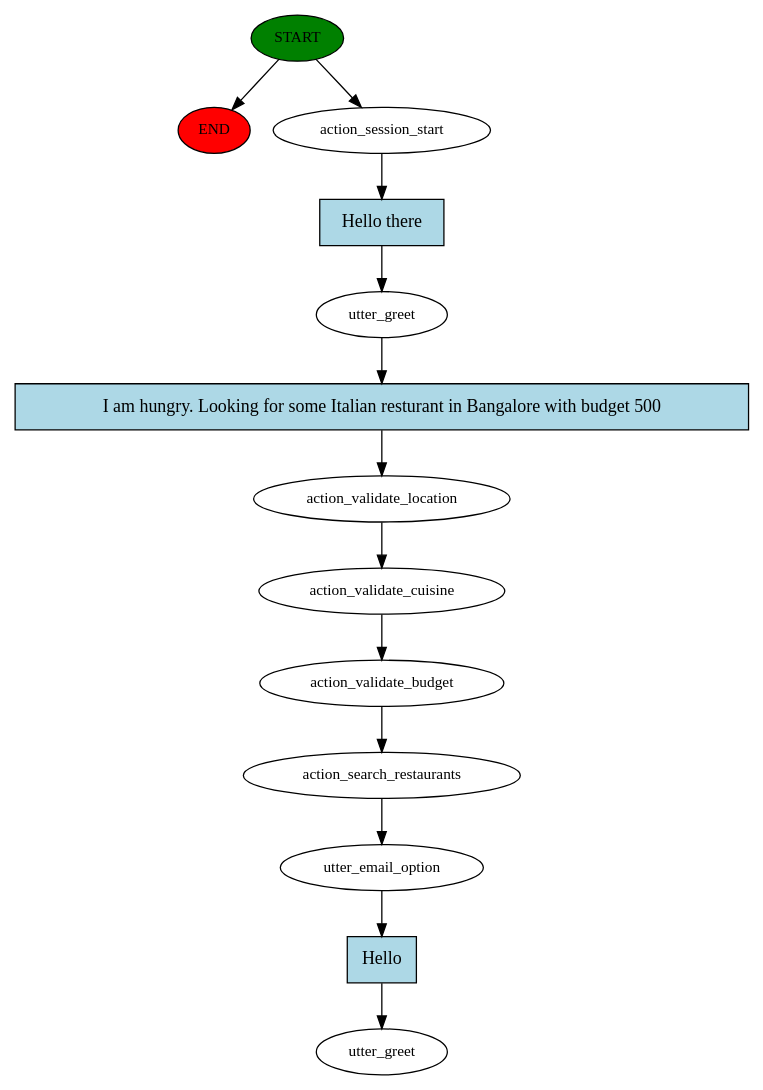
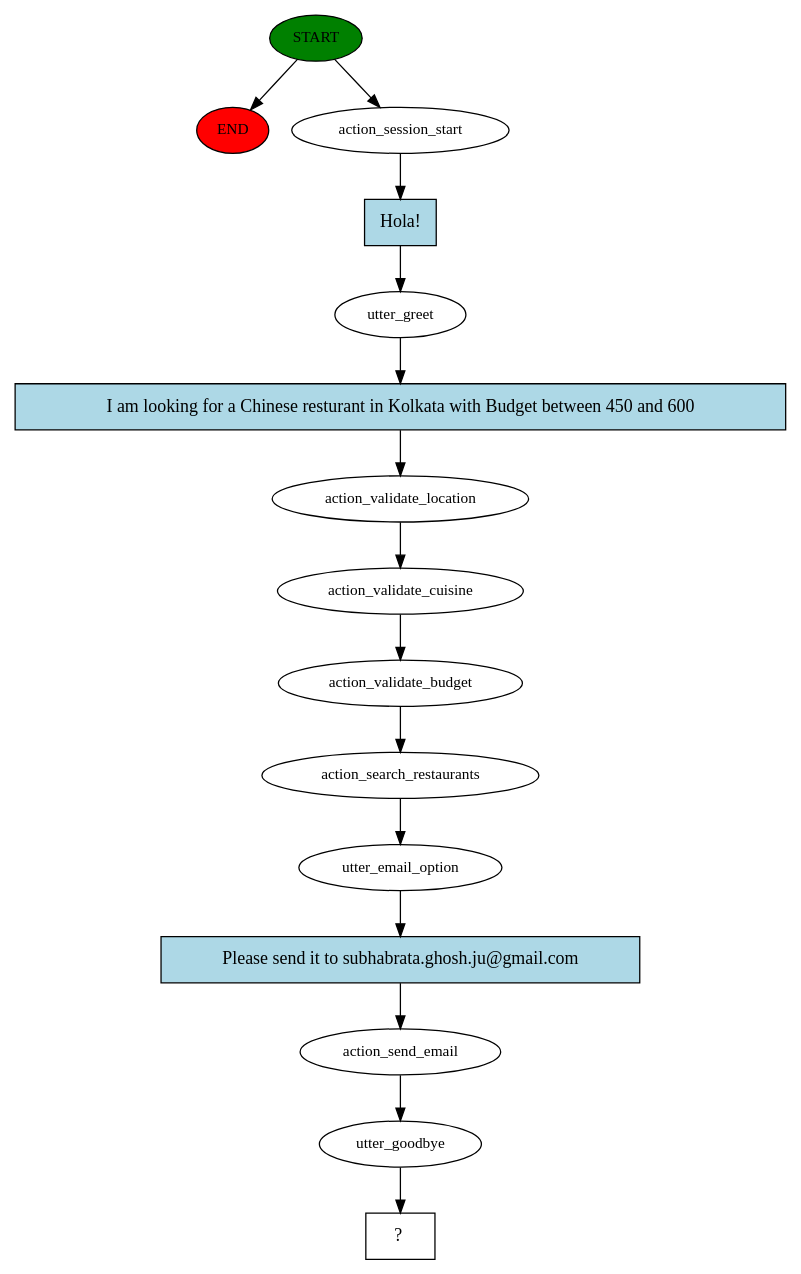
The diagram in story_graph.dot (subhabrata-ghosh-1988/resturant-recommendation-chatbot), drawn with Graphviz before and after one commit. The commit also changed 8 other files, not shown here.

```diff
--- a/story_graph.dot
+++ b/story_graph.dot
@@ -1,27 +1,31 @@
 digraph  {
 0 [class="start active", fillcolor=green, fontsize=12, label=START, style=filled];
 "-1" [class=end, fillcolor=red, fontsize=12, label=END, style=filled];
 1 [class=active, fontsize=12, label=action_session_start];
 2 [class=active, fontsize=12, label=utter_greet];
 3 [class=active, fontsize=12, label=action_validate_location];
 4 [class=active, fontsize=12, label=action_validate_cuisine];
 5 [class=active, fontsize=12, label=action_validate_budget];
 6 [class=active, fontsize=12, label=action_search_restaurants];
 7 [class=active, fontsize=12, label=utter_email_option];
-8 [class="dashed active", fontsize=12, label=utter_greet];
-9 [class="intent active", fillcolor=lightblue, label="Hello there", shape=rect, style=filled];
-10 [class="intent active", fillcolor=lightblue, label="I am hungry. Looking for some Italian resturant in Bangalore with budget 500", shape=rect, style=filled];
-11 [class="intent active", fillcolor=lightblue, label=Hello, shape=rect, style=filled];
+8 [class=active, fontsize=12, label=action_send_email];
+9 [class=active, fontsize=12, label=utter_goodbye];
+10 [class="intent dashed active", label="  ?  ", shape=rect];
+11 [class="intent active", fillcolor=lightblue, label="Hola!", shape=rect, style=filled];
+12 [class="intent active", fillcolor=lightblue, label="I am looking for a Chinese resturant in Kolkata with Budget between 450 and 600", shape=rect, style=filled];
+13 [class="intent active", fillcolor=lightblue, label="Please send it to subhabrata.ghosh.ju@gmail.com", shape=rect, style=filled];
 0 -> "-1"  [class="", key=NONE, label=""];
 0 -> 1  [class=active, key=NONE, label=""];
-1 -> 9  [class=active, key=0];
-2 -> 10  [class=active, key=0];
+1 -> 11  [class=active, key=0];
+2 -> 12  [class=active, key=0];
 3 -> 4  [class=active, key=NONE, label=""];
 4 -> 5  [class=active, key=NONE, label=""];
 5 -> 6  [class=active, key=NONE, label=""];
 6 -> 7  [class=active, key=NONE, label=""];
-7 -> 11  [class=active, key=0];
-9 -> 2  [class=active, key=0];
-10 -> 3  [class=active, key=0];
-11 -> 8  [class=active, key=0];
+7 -> 13  [class=active, key=0];
+8 -> 9  [class=active, key=NONE, label=""];
+9 -> 10  [class=active, key=NONE, label=""];
+11 -> 2  [class=active, key=0];
+12 -> 3  [class=active, key=0];
+13 -> 8  [class=active, key=0];
 }
```
